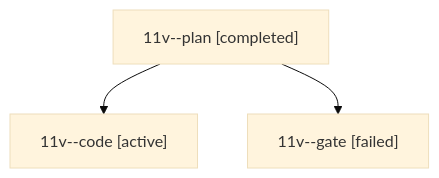
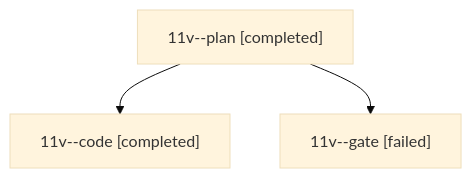
The diagram in sessions/bbugyi200.athena.11v.md (bobs-org/bob-cli--agents), drawn with Mermaid (base theme) before and after one commit. The commit also changed other lines of this file and 17 other files, not shown here.

````diff
--- a/sessions/bbugyi200.athena.11v.md
+++ b/sessions/bbugyi200.athena.11v.md
@@ -9,8 +9,8 @@
 ```mermaid
 flowchart TD
   n0["11v--plan [completed]"]
-  n1["11v--code [active]"]
+  n1["11v--code [completed]"]
   n0 --> n1
   n2["11v--gate [failed]"]
   n0 --> n2
 ```
````
